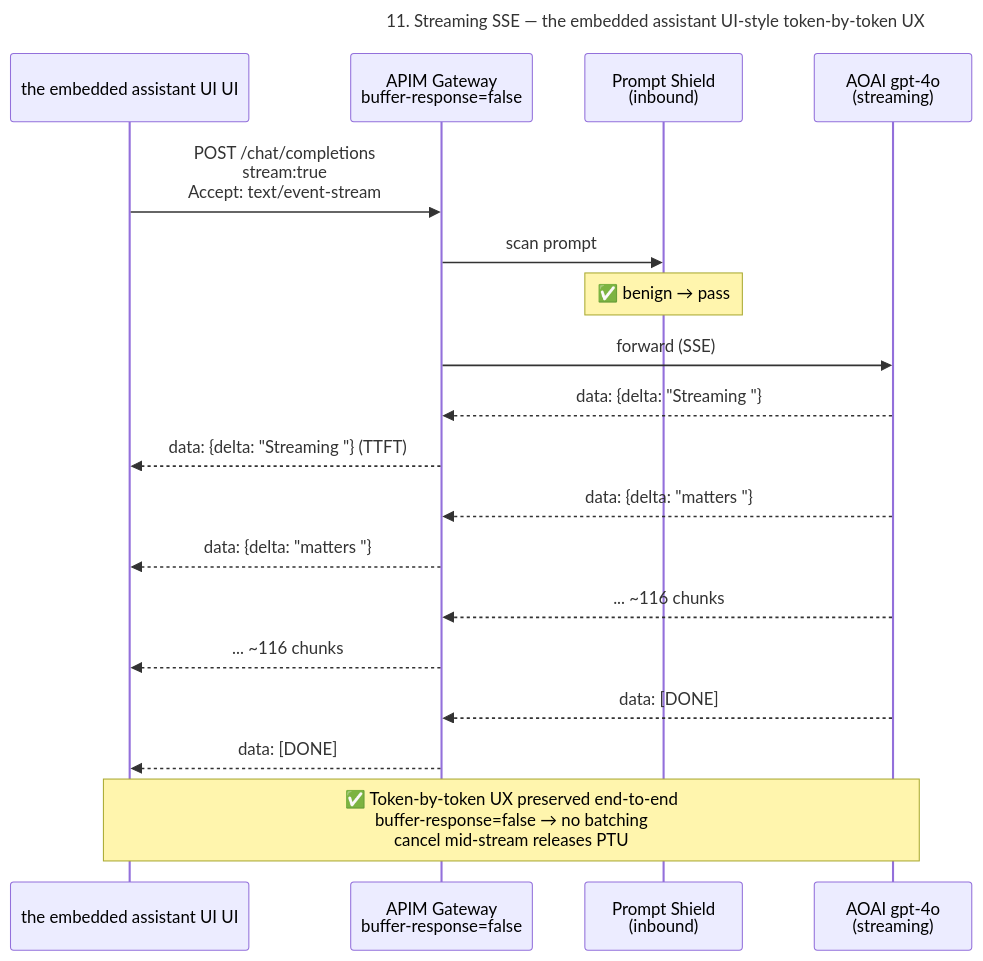
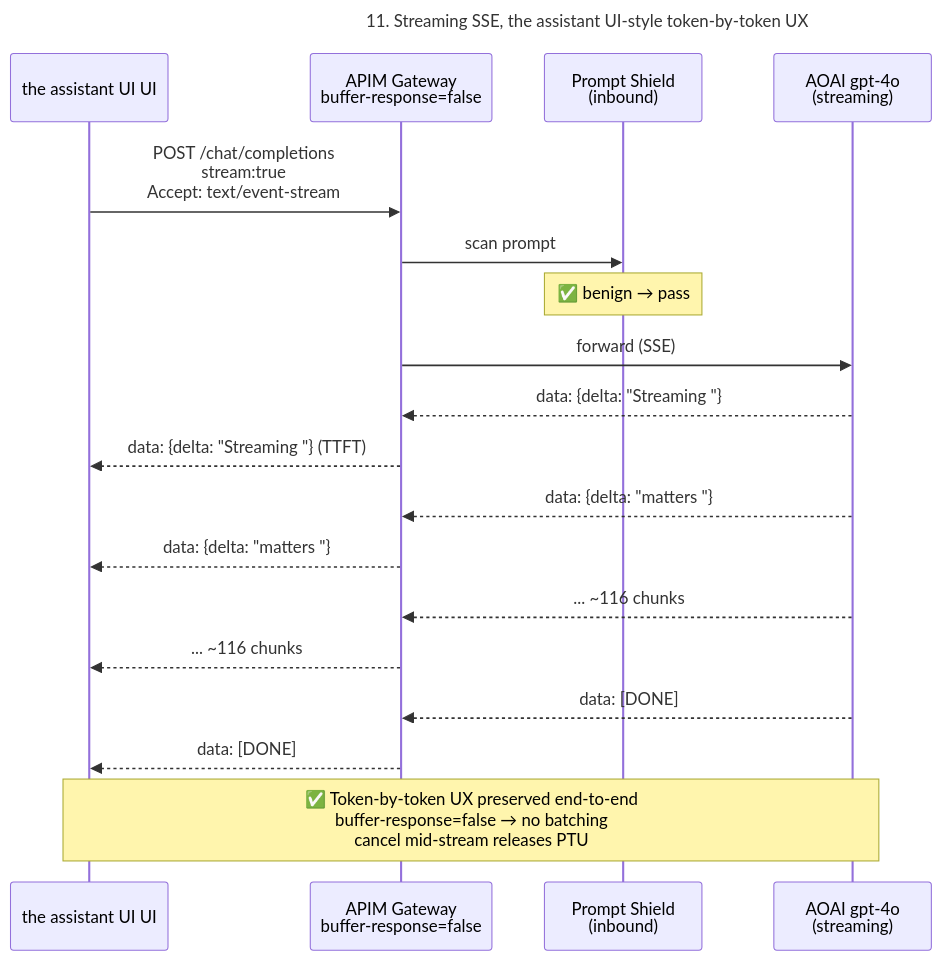
The diagram in notebooks/diagrams/11-stream.mmd (renepajta/apim-ai-gateway-lab), drawn with Mermaid before and after one commit. The commit also changed 53 other files, not shown here.

```diff
--- a/notebooks/diagrams/11-stream.mmd
+++ b/notebooks/diagrams/11-stream.mmd
@@ -1,23 +1,23 @@
 ---
-title: 11. Streaming SSE — the embedded assistant UI-style token-by-token UX
+title: 11. Streaming SSE, the assistant UI-style token-by-token UX
 ---
 sequenceDiagram
-    participant C as the embedded assistant UI UI
+    participant C as the assistant UI UI
     participant G as APIM Gateway<br/>buffer-response=false
     participant S as Prompt Shield<br/>(inbound)
     participant B as AOAI gpt-4o<br/>(streaming)
 
     C->>G: POST /chat/completions<br/>stream:true<br/>Accept: text/event-stream
     G->>S: scan prompt
     Note over S: ✅ benign → pass
     G->>B: forward (SSE)
     B-->>G: data: {delta: "Streaming "}
     G-->>C: data: {delta: "Streaming "} (TTFT)
     B-->>G: data: {delta: "matters "}
     G-->>C: data: {delta: "matters "}
     B-->>G: ... ~116 chunks
     G-->>C: ... ~116 chunks
     B-->>G: data: [DONE]
     G-->>C: data: [DONE]
 
     Note over C,B: ✅ Token-by-token UX preserved end-to-end<br/>buffer-response=false → no batching<br/>cancel mid-stream releases PTU
```
